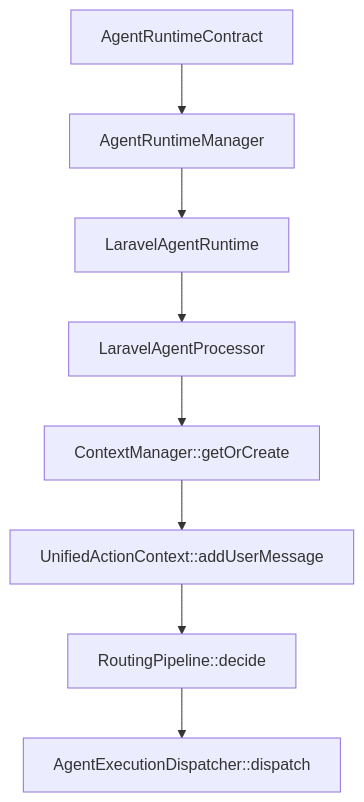
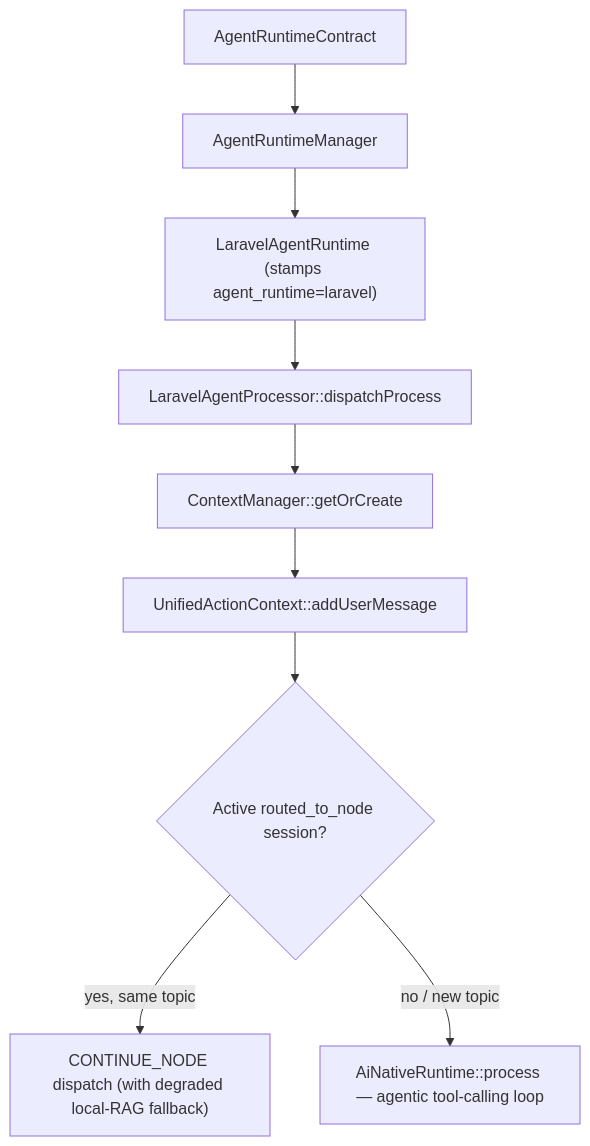
The second of 3 diagrams in docs/chat-flow.mdx (mabou7agar/laravel-ai-support), drawn with Mermaid before and after one commit. The commit also changed other lines of this file and 11 other files, not shown here.

````diff
--- a/docs/chat-flow.mdx
+++ b/docs/chat-flow.mdx
@@ -94,10 +98,11 @@
 ```mermaid
 flowchart TD
   A["AgentRuntimeContract"] --> B["AgentRuntimeManager"]
-  B --> C["LaravelAgentRuntime"]
-  C --> D["LaravelAgentProcessor"]
+  B --> C["LaravelAgentRuntime (stamps agent_runtime=laravel)"]
+  C --> D["LaravelAgentProcessor::dispatchProcess"]
   D --> E["ContextManager::getOrCreate"]
   E --> F["UnifiedActionContext::addUserMessage"]
-  F --> G["RoutingPipeline::decide"]
-  G --> H["AgentExecutionDispatcher::dispatch"]
+  F --> G{"Active routed_to_node session?"}
+  G -->|"yes, same topic"| H["CONTINUE_NODE dispatch (with degraded local-RAG fallback)"]
+  G -->|"no / new topic"| I["AiNativeRuntime::process — agentic tool-calling loop"]
 ```
````
